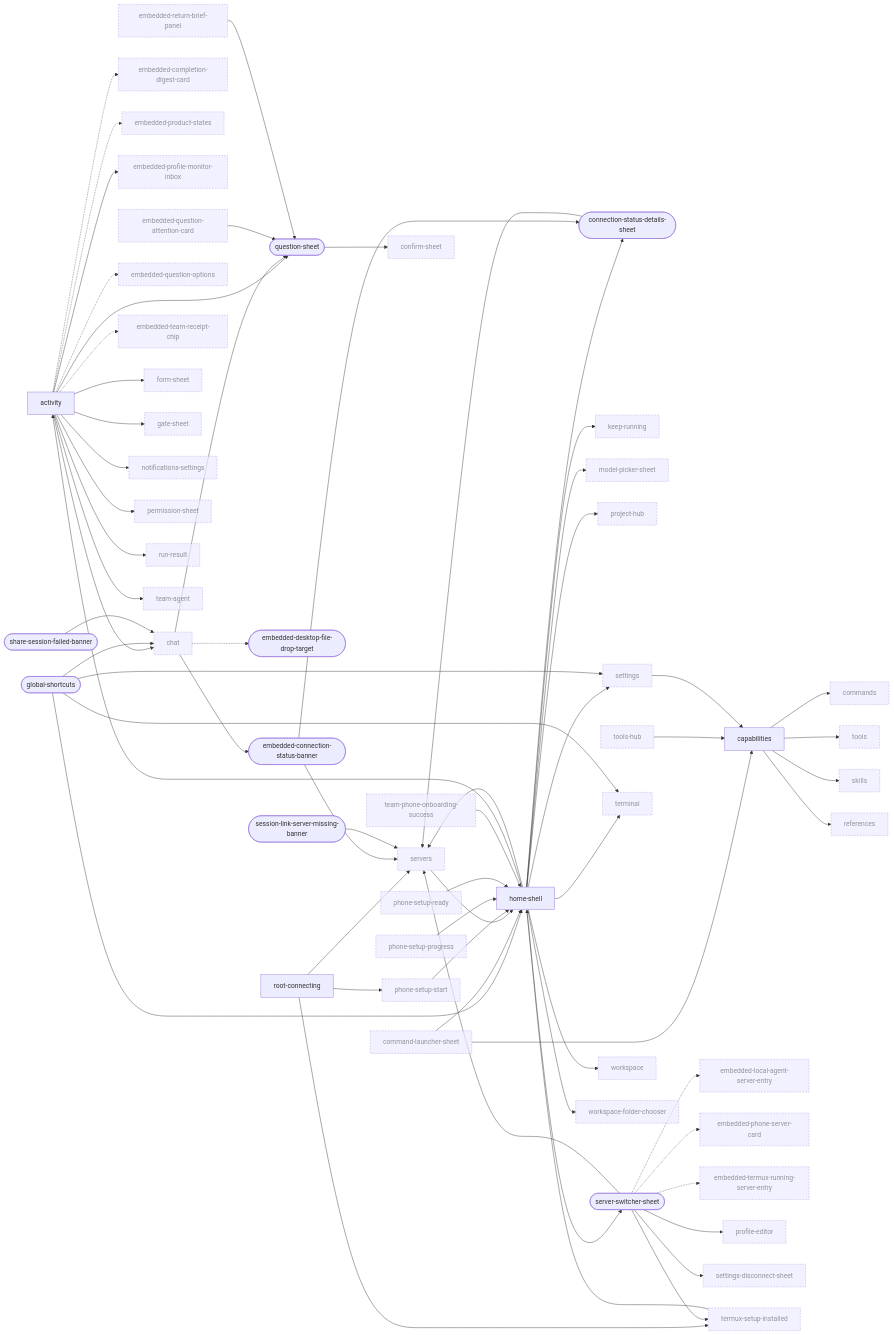
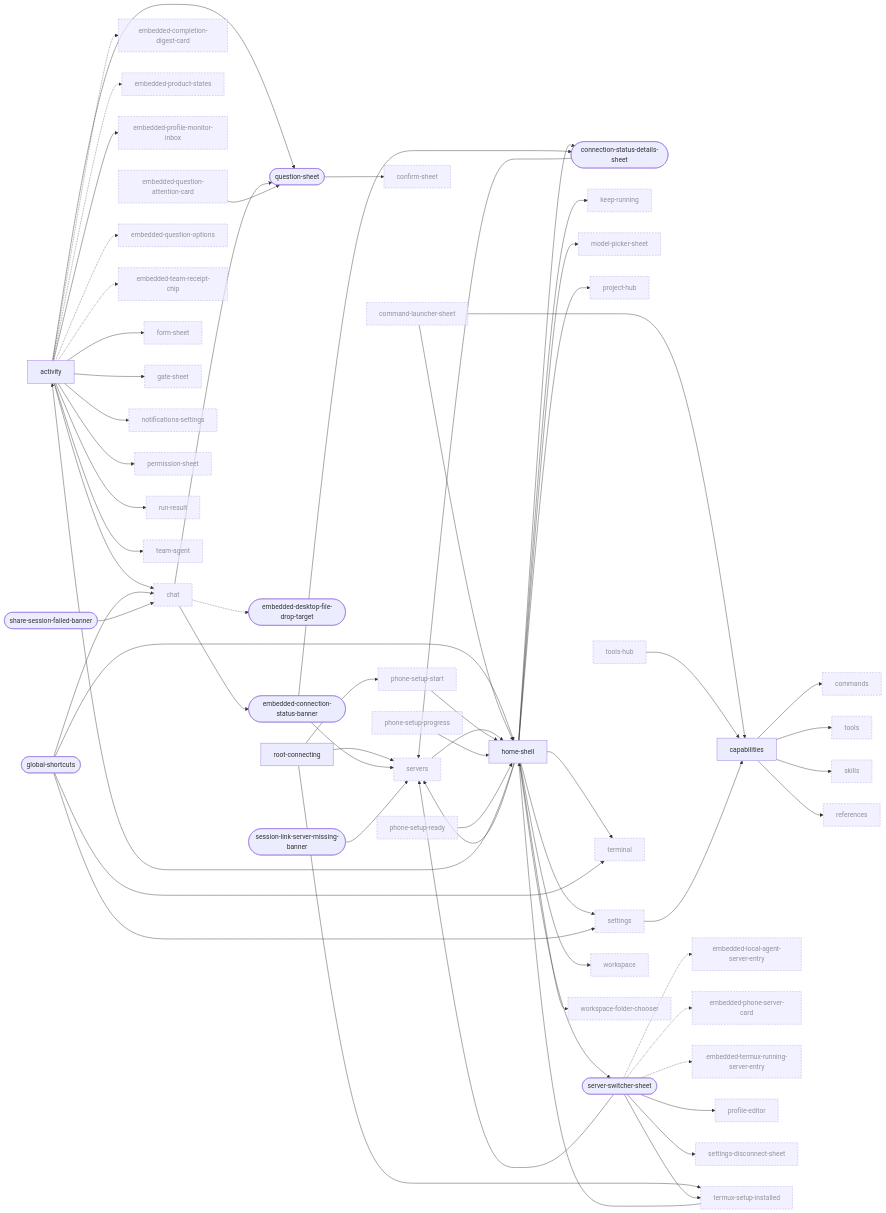
The first of 10 diagrams in docs/design/ui-ledger/navigation.md (Breskott/opencode-mobile-next), drawn with Mermaid before and after one commit. The commit also changed other lines of this file and 20 other files, not shown here.

```diff
--- a/docs/design/ui-ledger/navigation.md
+++ b/docs/design/ui-ledger/navigation.md
@@ -36,7 +36,6 @@
   embedded_profile_monitor_inbox["embedded-profile-monitor-inbox"]:::ext
   embedded_question_attention_card["embedded-question-attention-card"]:::ext
   embedded_question_options["embedded-question-options"]:::ext
-  embedded_return_brief_panel["embedded-return-brief-panel"]:::ext
   embedded_team_receipt_chip["embedded-team-receipt-chip"]:::ext
   embedded_termux_running_server_entry["embedded-termux-running-server-entry"]:::ext
   form_sheet["form-sheet"]:::ext
@@ -64,7 +63,6 @@
   share_session_failed_banner(["share-session-failed-banner"])
   skills["skills"]:::ext
   team_agent["team-agent"]:::ext
-  team_phone_onboarding_success["team-phone-onboarding-success"]:::ext
   terminal["terminal"]:::ext
   termux_setup_installed["termux-setup-installed"]:::ext
   tools["tools"]:::ext
@@ -119,10 +117,8 @@
   phone_setup_start --> home_shell
   phone_setup_progress --> home_shell
   phone_setup_ready --> home_shell
-  team_phone_onboarding_success --> home_shell
   tools_hub --> capabilities
   home_shell --> workspace_folder_chooser
-  embedded_return_brief_panel --> question_sheet
   chat -.-> embedded_desktop_file_drop_target
   activity -.-> embedded_product_states
   settings --> capabilities
```
